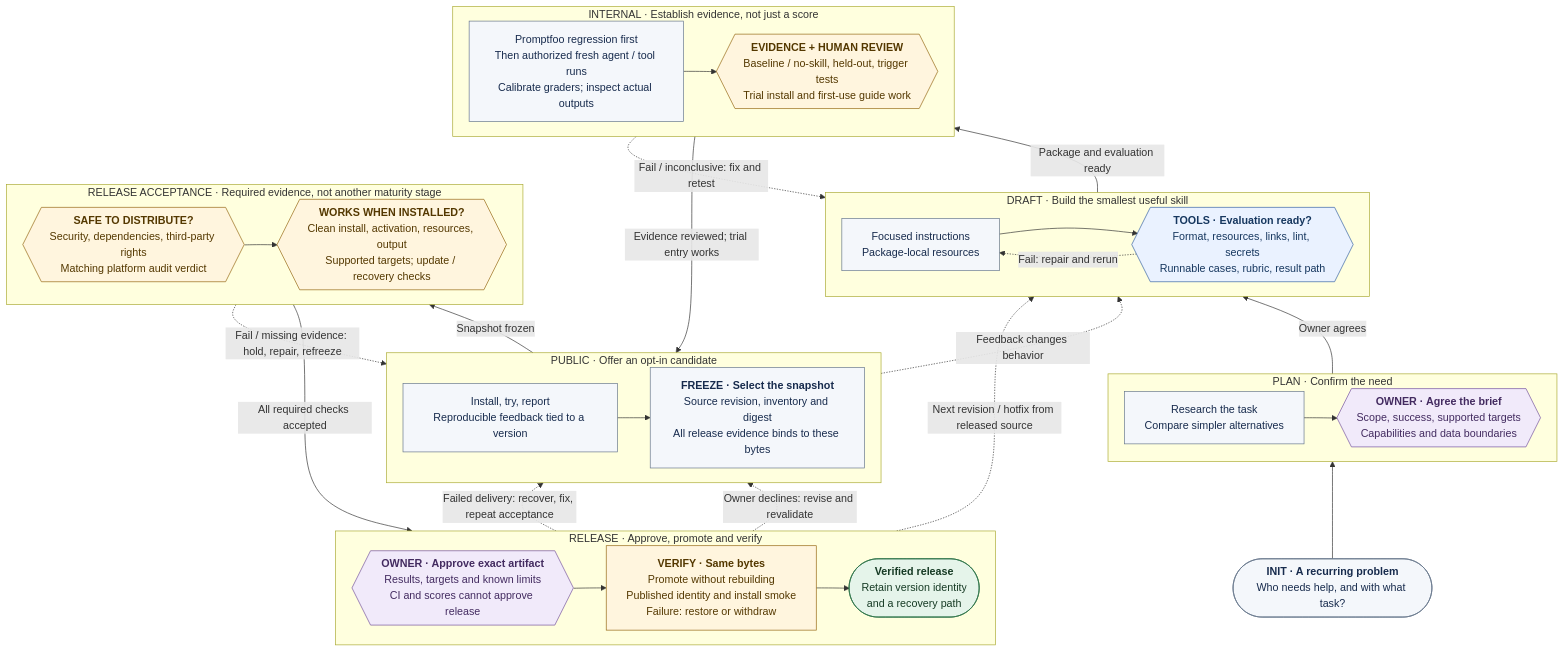
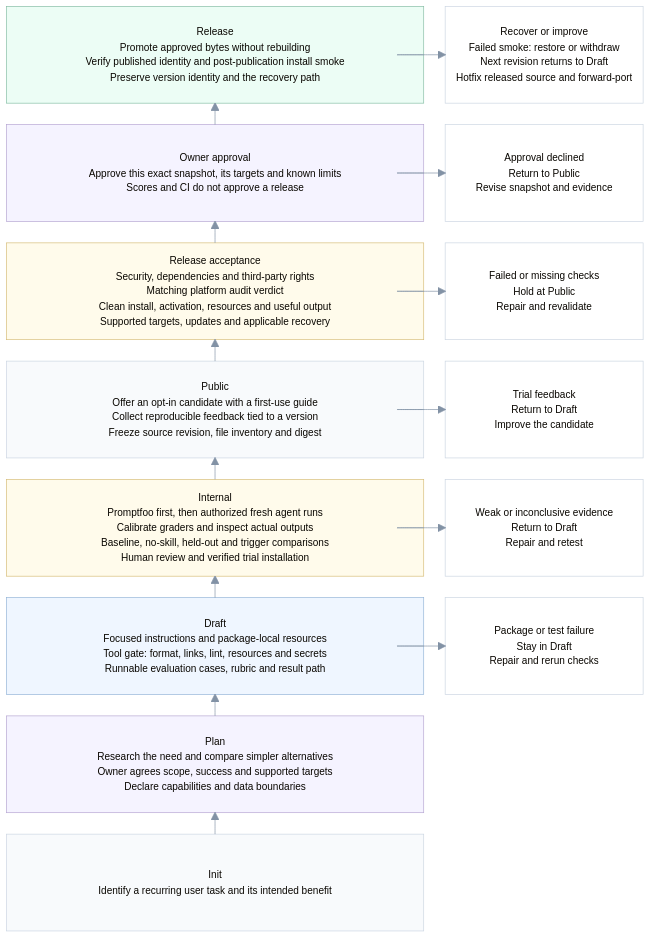
One commit to ClydeShen/skills changed the diagram in README.md. Above: the diagram before and after it, drawn with Mermaid. The commit also changed other lines of this file, not shown here.

Commit message:
docs(readme): align lifecycle gates and simplify diagram labels

````diff
--- a/README.md
+++ b/README.md
@@ -33,101 +33,93 @@
 ```mermaid
-%%{init: {"flowchart": {"wrappingWidth": 260, "rankSpacing": 24, "nodeSpacing": 24}}}%%
-flowchart BT
-    accTitle: Skill lifecycle, evidence gates and recovery
-    accDescr: Read bottom to top, from init through plan, draft, internal, public and release. The owner approves the problem and scope. Tools check package correctness and evaluation readiness. Agents collect behavioral comparisons and verify candidate installation. A frozen snapshot must pass security, rights, audit and consumer acceptance before the owner approves that exact artifact. Identical bytes are promoted and smoke-tested. Failed or missing checks block progress. Feedback starts a new revision; hotfixes start from released source. Failed delivery restores the previous verified version or withdraws a failed first release.
+%%{init: {"theme": "base", "block": {"padding": 32}, "fontFamily": "Arial, sans-serif", "themeVariables": {"fontSize": "15px", "lineColor": "#8292A5", "edgeLabelBackground": "#FFFFFF"}}}%%
+block-beta
+    columns 3
 
-    idea(["`**INIT · A recurring problem**
-    Who needs help, and with what task?`"])
+    releaseVersion["Release
+    Promote approved bytes without rebuilding
+    Verify published identity and post-publication install smoke
+    Preserve version identity and the recovery path"]:2
+    maintenance["Recover or improve
+    Failed smoke: restore or withdraw
+    Next revision returns to Draft
+    Hotfix released source and forward-port"]
 
-    subgraph planning["PLAN · Confirm the need"]
-        direction LR
-        research["`Research the task
-        Compare simpler alternatives`"]
-        scopeGate{{"`**OWNER · Agree the brief**
-        Scope, success, supported targets
-        Capabilities and data boundaries`"}}
-        research --> scopeGate
-    end
+    approval["Owner approval
+    Approve this exact snapshot, its targets and known limits
+    Scores and CI do not approve a release"]:2
+    declined["Approval declined
+    Return to Public
+    Revise snapshot and evidence"]
 
-    subgraph building["DRAFT · Build the smallest useful skill"]
-        direction LR
-        author["`Focused instructions
-        Package-local resources`"]
-        readyGate{{"`**TOOLS · Evaluation ready?**
-        Format, resources, links, lint, secrets
-        Runnable cases, rubric, result path`"}}
-        author --> readyGate
-        readyGate -.->|"Fail: repair and rerun"| author
-    end
+    acceptance["Release acceptance
+    Security, dependencies and third-party rights
+    Matching platform audit verdict
+    Clean install, activation, resources and useful output
+    Supported targets, updates and applicable recovery"]:2
+    hold["Failed or missing checks
+    Hold at Public
+    Repair and revalidate"]
 
-    subgraph testing["INTERNAL · Establish evidence, not just a score"]
-        direction LR
-        regress["`Promptfoo regression first
-        Then authorized fresh agent / tool runs
-        Calibrate graders; inspect actual outputs`"]
-        trialGate{{"`**EVIDENCE + HUMAN REVIEW**
-        Baseline / no-skill, held-out, trigger tests
-        Trial install and first-use guide work`"}}
-        regress --> trialGate
-    end
+    publicTrial["Public
+    Offer an opt-in candidate with a first-use guide
+    Collect reproducible feedback tied to a version
+    Freeze source revision, file inventory and digest"]:2
+    feedback["Trial feedback
+    Return to Draft
+    Improve the candidate"]
 
-    subgraph trial["PUBLIC · Offer an opt-in candidate"]
-        direction LR
-        publicTrial["`Install, try, report
-        Reproducible feedback tied to a version`"]
-        snapshot["`**FREEZE · Select the snapshot**
-        Source revision, inventory and digest
-        All release evidence binds to these bytes`"]
-        publicTrial --> snapshot
-    end
+    internal["Internal
+    Promptfoo first, then authorized fresh agent runs
+    Calibrate graders and inspect actual outputs
+    Baseline, no-skill, held-out and trigger comparisons
+    Human review and verified trial installation"]:2
+    retest["Weak or inconclusive evidence
+    Return to Draft
+    Repair and retest"]
 
-    subgraph acceptance["RELEASE ACCEPTANCE · Required evidence, not another maturity stage"]
-        direction LR
-        trustGate{{"`**SAFE TO DISTRIBUTE?**
-        Security, dependencies, third-party rights
-        Matching platform audit verdict`"}}
-        consumerGate{{"`**WORKS WHEN INSTALLED?**
-        Clean install, activation, resources, output
-        Supported targets; update / recovery checks`"}}
-        trustGate --> consumerGate
-    end
+    draft["Draft
+    Focused instructions and package-local resources
+    Tool gate: format, links, lint, resources and secrets
+    Runnable evaluation cases, rubric and result path"]:2
+    repair["Package or test failure
+    Stay in Draft
+    Repair and rerun checks"]
 
-    subgraph publishing["RELEASE · Approve, promote and verify"]
-        direction LR
-        approval{{"`**OWNER · Approve exact artifact**
-        Results, targets and known limits
-        CI and scores cannot approve release`"}}
-        delivery["`**VERIFY · Same bytes**
-        Promote without rebuilding
-        Published identity and install smoke
-        Failure: restore or withdraw`"]
-        releaseVersion(["`**Verified release**
-        Retain version identity
-        and a recovery path`"])
-        approval --> delivery --> releaseVersion
-    end
+    plan["Plan
+    Research the need and compare simpler alternatives
+    Owner agrees scope, success and supported targets
+    Declare capabilities and data boundaries"]:2
+    space
 
-    idea --> planning
-    planning -->|"Owner agrees"| building
-    building -->|"Package and evaluation ready"| testing
-    testing -->|"Evidence reviewed; trial entry works"| trial
-    trial -->|"Snapshot frozen"| acceptance
-    acceptance -->|"All required checks accepted"| publishing
-    testing -.->|"Fail / inconclusive: fix and retest"| building
-    trial -.->|"Feedback changes behavior"| building
-    acceptance -.->|"Fail / missing evidence: hold, repair, refreeze"| trial
-    publishing -.->|"Owner declines: revise and revalidate"| trial
-    publishing -.->|"Failed delivery: recover, fix, repeat acceptance"| trial
-    publishing -.->|"Next revision / hotfix from released source"| building
+    idea["Init
+    Identify a recurring user task and its intended benefit"]:2
+    space
 
-    classDef stage fill:#F4F7FB,stroke:#65758B,color:#172B4D
-    classDef tool fill:#EAF2FF,stroke:#325FA3,color:#16375F
-    classDef evidence fill:#FFF5DE,stroke:#946510,color:#543800
-    classDef human fill:#F1EAFA,stroke:#73509C,color:#432B60
-    classDef stable fill:#E5F4EA,stroke:#277044,color:#163A24
-    class idea,research,author,regress,publicTrial,snapshot stage
-    class readyGate tool
-    class trialGate,trustGate,consumerGate,delivery evidence
-    class scopeGate,approval human
+    idea --> plan
+    plan --> draft
+    draft --> internal
+    internal --> publicTrial
+    publicTrial --> acceptance
+    acceptance --> approval
+    approval --> releaseVersion
+
+    releaseVersion --> maintenance
+    approval --> declined
+    acceptance --> hold
+    publicTrial --> feedback
+    internal --> retest
+    draft --> repair
+
+    classDef stage fill:#F8FAFC,stroke:#CBD5E1,color:#243247
+    classDef tool fill:#EFF6FF,stroke:#93B4D7,color:#1E3A5F
+    classDef evidence fill:#FFFBEB,stroke:#D6BC78,color:#59451D
+    classDef human fill:#F5F3FF,stroke:#B6A5D2,color:#493568
+    classDef stable fill:#ECFDF5,stroke:#86BDA5,color:#20543D
+    classDef returnPath fill:#FFFFFF,stroke:#CBD5E1,color:#475569
+    class idea,publicTrial stage
+    class draft tool
+    class internal,acceptance evidence
+    class plan,approval human
     class releaseVersion stable
+    class maintenance,declined,hold,feedback,retest,repair returnPath
 ```
````
